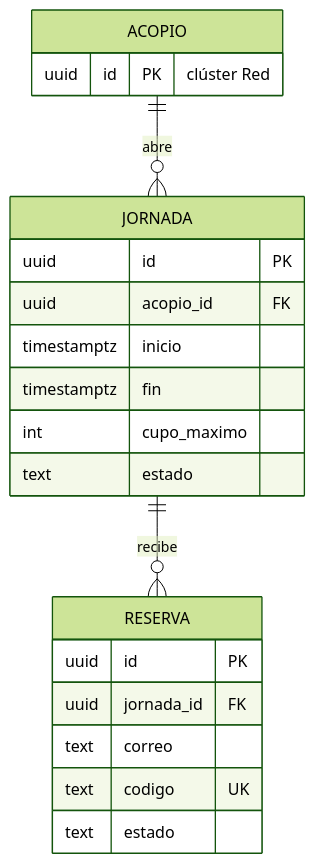
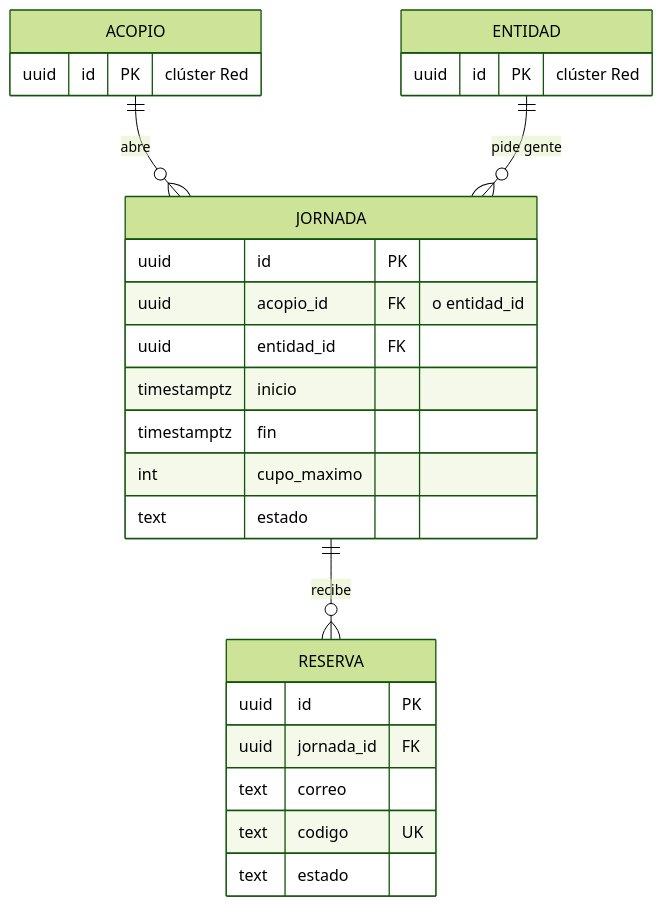
One commit to Proyecto-IngSoftware/acopio changed the seventh of 9 diagrams in docs/02-arquitectura/modelo-datos.md. Above: the diagram before and after it, drawn with Mermaid (forest theme). The commit also changed other lines of this file and 8 other files, not shown here.

````diff
--- a/docs/02-arquitectura/modelo-datos.md
+++ b/docs/02-arquitectura/modelo-datos.md
@@ -903,24 +910,29 @@
 ```mermaid
 erDiagram
     ACOPIO ||--o{ JORNADA : abre
+    ENTIDAD ||--o{ JORNADA : "pide gente"
     JORNADA ||--o{ RESERVA : recibe
 
     ACOPIO {
         uuid id PK "clúster Red"
     }
+    ENTIDAD {
+        uuid id PK "clúster Red"
+    }
     JORNADA {
         uuid id PK
-        uuid acopio_id FK
+        uuid acopio_id FK "o entidad_id"
+        uuid entidad_id FK
         timestamptz inicio
         timestamptz fin
         int cupo_maximo
         text estado
     }
     RESERVA {
         uuid id PK
         uuid jornada_id FK
         text correo
         text codigo UK
         text estado
     }
 ```
````
